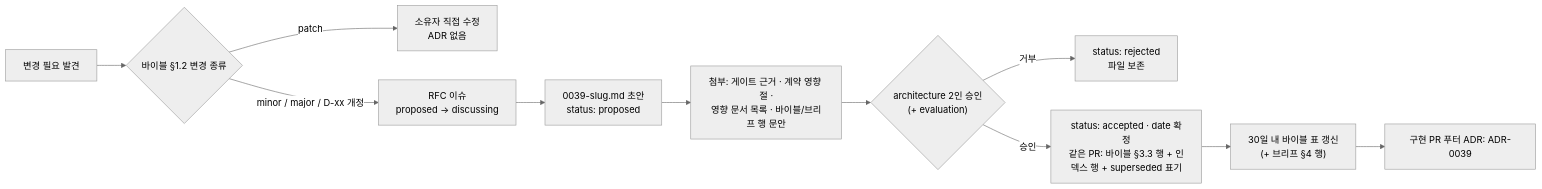
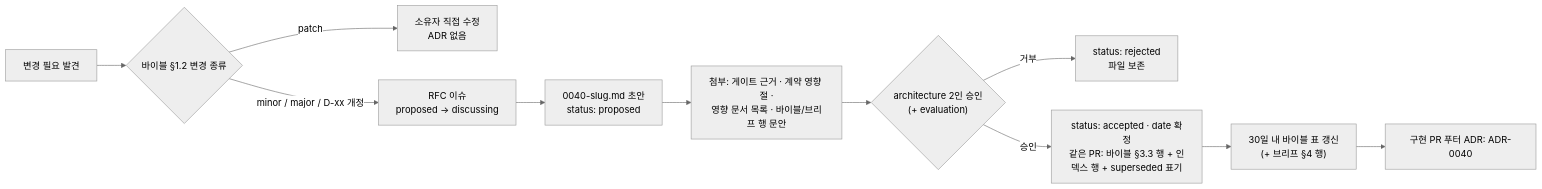
The second of 2 diagrams in docs/06-adr/README.md (dplayamin-ai/rag-platform), drawn with Mermaid (neutral theme) before and after one commit. The commit also changed other lines of this file and 103 other files, not shown here.

````diff
--- a/docs/06-adr/README.md
+++ b/docs/06-adr/README.md
@@ -285,13 +287,13 @@
 ```mermaid
 flowchart LR
     A["변경 필요 발견"] --> B{"바이블 §1.2 변경 종류"}
     B -->|patch| C["소유자 직접 수정<br/>ADR 없음"]
     B -->|minor / major / D-xx 개정| D["RFC 이슈<br/>proposed → discussing"]
-    D --> E["0039-slug.md 초안<br/>status: proposed"]
+    D --> E["0040-slug.md 초안<br/>status: proposed"]
     E --> F["첨부: 게이트 근거 · 계약 영향 절 ·<br/>영향 문서 목록 · 바이블/브리프 행 문안"]
     F --> G{"architecture 2인 승인<br/>(+ evaluation)"}
     G -->|거부| H["status: rejected<br/>파일 보존"]
     G -->|승인| I["status: accepted · date 확정<br/>같은 PR: 바이블 §3.3 행 + 인덱스 행 + superseded 표기"]
     I --> J["30일 내 바이블 표 갱신<br/>(+ 브리프 §4 행)"]
-    J --> K["구현 PR 푸터 ADR: ADR-0039"]
+    J --> K["구현 PR 푸터 ADR: ADR-0040"]
 ```
````
